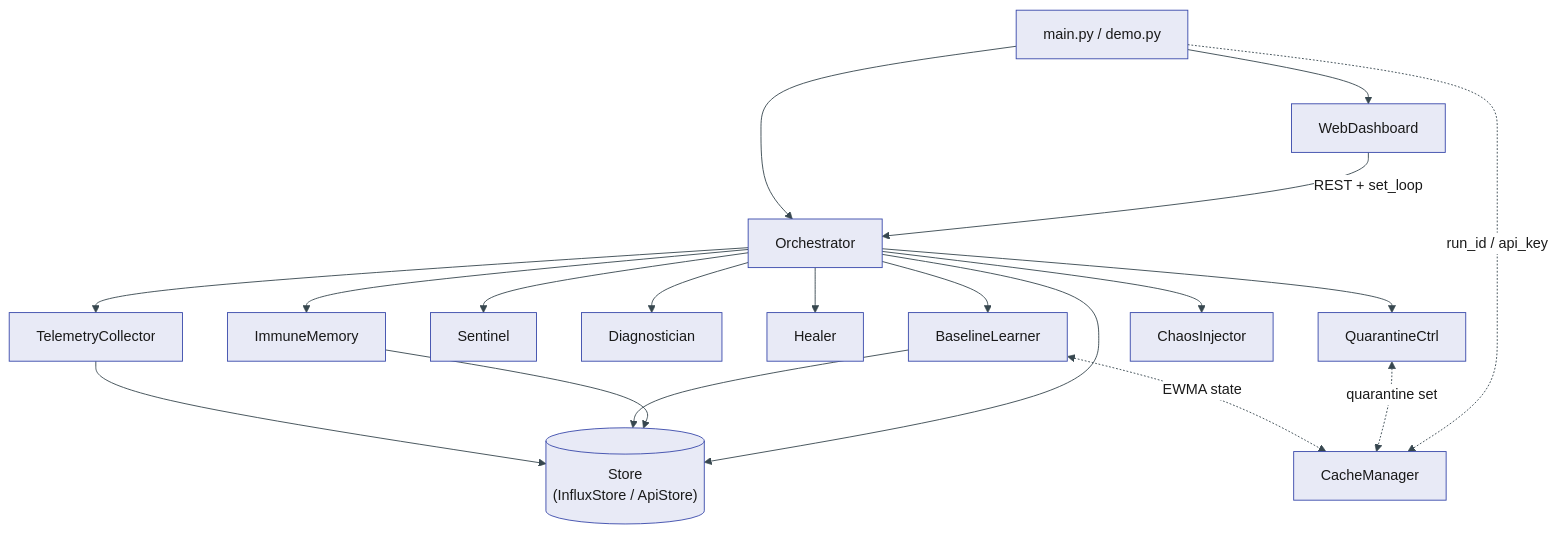
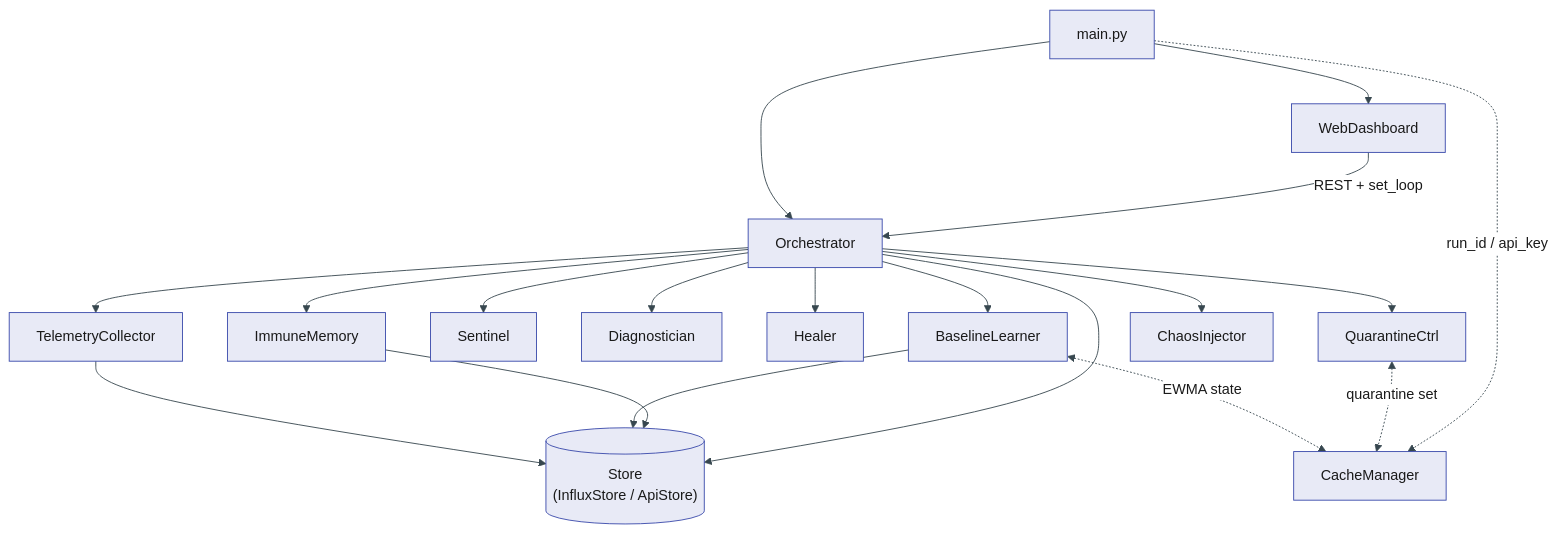
Before and after one commit to sanjaybommalene/ai-agent-immune-system: the fourth of 7 diagrams in docs/DOCS.md, drawn with Mermaid. The commit also changed other lines of this file and 37 other files, not shown here.

First line of the commit message:
LLM Gateway: passive agent observation, architecture decision doc, full test coverage

````diff
--- a/docs/DOCS.md
+++ b/docs/DOCS.md
@@ -217,22 +237,22 @@
 ```mermaid
 %%{init: {'theme': 'base', 'themeVariables': {'primaryColor': '#e8eaf6', 'primaryTextColor': '#1a1a1a', 'primaryBorderColor': '#3949ab', 'lineColor': '#37474f', 'secondaryColor': '#f3e5f5', 'tertiaryColor': '#e8f5e9', 'edgeLabelBackground': '#ffffff'}}}%%
 flowchart TD
-    M["main.py / demo.py"] --> O[Orchestrator]
+    M["main.py"] --> O[Orchestrator]
     M --> W[WebDashboard]
     W -->|"REST + set_loop"| O
 
     O --> TC[TelemetryCollector]
     O --> BL[BaselineLearner]
     O --> S[Sentinel]
     O --> D[Diagnostician]
     O --> H[Healer]
     O --> IM[ImmuneMemory]
     O --> Q[QuarantineCtrl]
     O --> CH[ChaosInjector]
 
     BL <-.->|EWMA state| C["CacheManager"]
     Q <-.->|quarantine set| C
     M -.->|"run_id / api_key"| C
 
     TC & BL & IM & O --> IS[("Store<br/>(InfluxStore / ApiStore)")]
 ```
````
